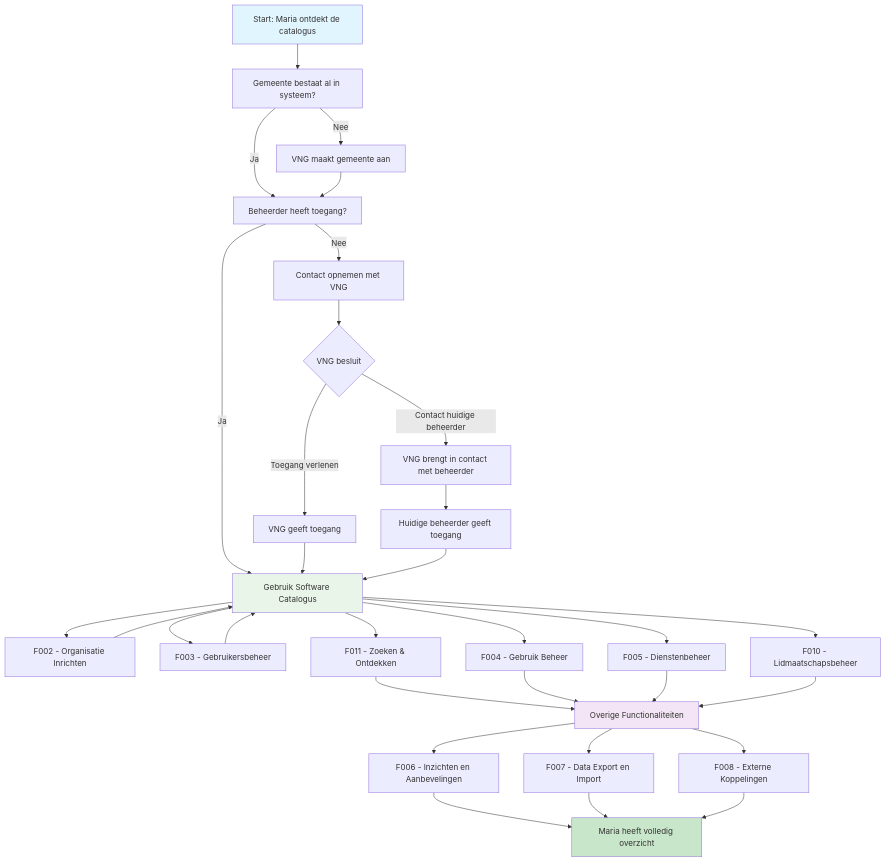
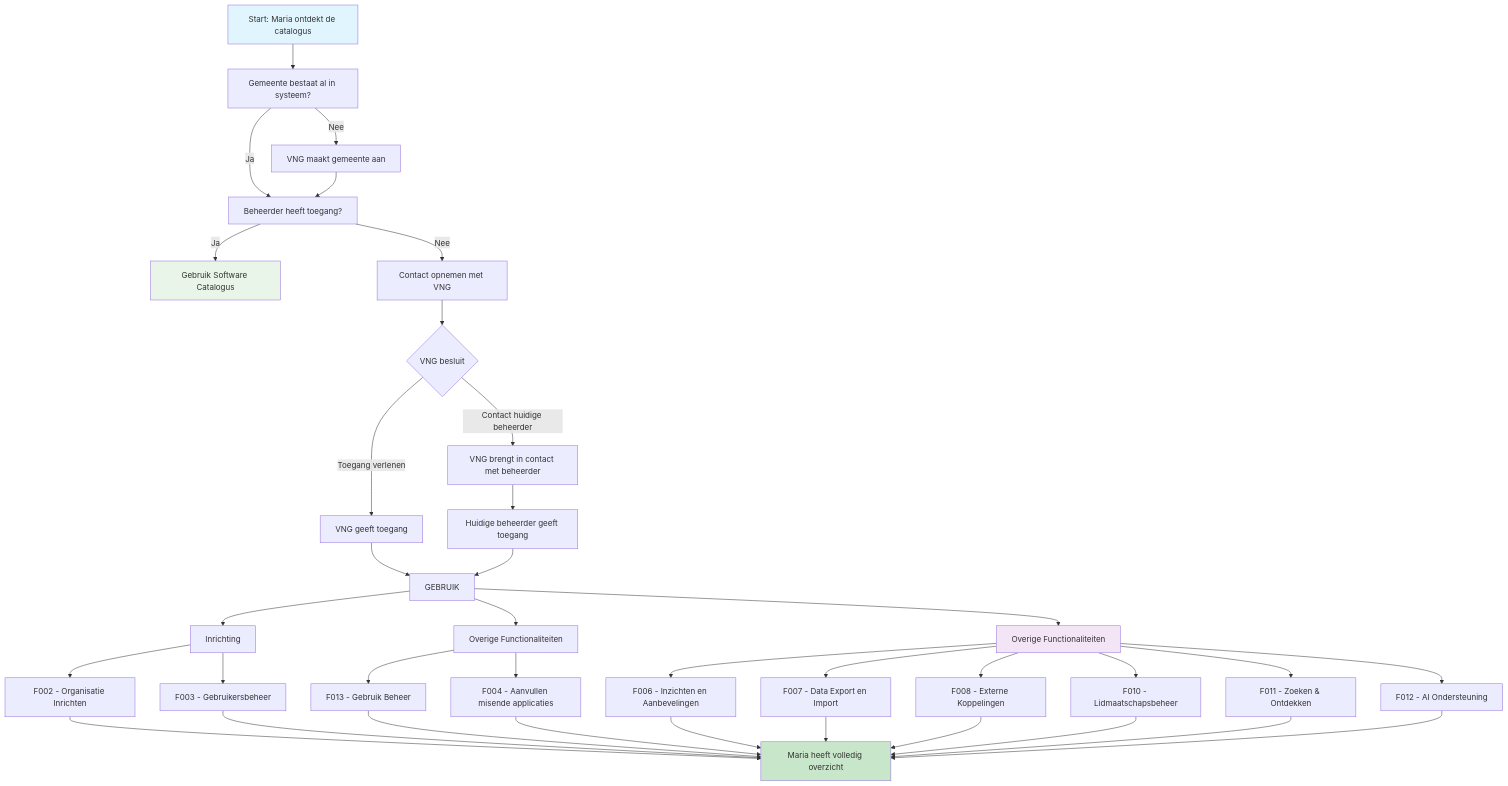
The diagram in website/docs/Klantreizen/klantreis_gemeente.md (VNG-Realisatie/Softwarecatalogus), drawn with Mermaid before and after one commit. The commit also changed other lines of this file and 7 other files, not shown here.

````diff
--- a/website/docs/Klantreizen/klantreis_gemeente.md
+++ b/website/docs/Klantreizen/klantreis_gemeente.md
@@ -46,48 +46,55 @@
 ```mermaid
 flowchart TD
     A[Start: Maria ontdekt de catalogus] --> B[Gemeente bestaat al in systeem?]
     B -->|Ja| C[Beheerder heeft toegang?]
     B -->|Nee| B1[VNG maakt gemeente aan]
     B1 --> C
     C -->|Ja| PARALLEL[Gebruik Software Catalogus]
     C -->|Nee| C1[Contact opnemen met VNG]
     C1 --> C2{VNG besluit}
     C2 -->|Toegang verlenen| C3[VNG geeft toegang]
     C2 -->|Contact huidige beheerder| C4[VNG brengt in contact met beheerder]
-    C3 --> PARALLEL
+    C3 --> GEBRUIK
     C4 --> C5[Huidige beheerder geeft toegang]
-    C5 --> PARALLEL
+    C5 --> GEBRUIK
     
-    %% Basis inrichting
-    PARALLEL --> F002[F002 - Organisatie Inrichten]
-    PARALLEL --> F003[F003 - Gebruikersbeheer]
     
+       
     %% Gebruik Software Catalogus (parallelle activiteiten)
-    F002 --> PARALLEL
-    F003 --> PARALLEL
-    
-    PARALLEL --> F011[F011 - Zoeken & Ontdekken]
-    PARALLEL --> F004[F004 - Gebruik Beheer]
-    PARALLEL --> F005[F005 - Dienstenbeheer]
-    PARALLEL --> F010[F010 - Lidmaatschapsbeheer]
-    
-    %% Overige functionaliteiten
-    F011 --> OVERIG[Overige Functionaliteiten]
-    F004 --> OVERIG
-    F005 --> OVERIG
-    F010 --> OVERIG
-    
+    GEBRUIK --> INRICHTING[Inrichting]
+    INRICHTING --> F002[F002 - Organisatie Inrichten]
+    INRICHTING --> F003[F003 - Gebruikersbeheer]
+
+    %% Overige functionaliteiten (parallel)
+    GEBRUIK --> BEHEER[Overige Functionaliteiten]
+    BEHEER --> F013[F013 - Gebruik Beheer]
+    BEHEER --> F004[F004 - Aanvullen misende applicaties]
+
+    %% Overige functionaliteiten (parallel)
+    GEBRUIK --> OVERIG[Overige Functionaliteiten]
     OVERIG --> F006[F006 - Inzichten en Aanbevelingen]
     OVERIG --> F007[F007 - Data Export en Import]
     OVERIG --> F008[F008 - Externe Koppelingen]
+    OVERIG --> F010[F010 - Lidmaatschapsbeheer]
+    OVERIG --> F011[F011 - Zoeken & Ontdekken]
+    OVERIG --> F012[F012 - AI Ondersteuning]
     
-    F006 --> END[Maria heeft volledig overzicht]
+    %% Overige functionaliteiten
+        
+    F002 --> END[Maria heeft volledig overzicht]
+    F003 --> END
+    F004 --> END
+    F006 --> END
     F007 --> END
     F008 --> END
+    F010 --> END
+    F011 --> END
+    F012 --> END
+    F013 --> END
     
     %% Styling
     style A fill:#e1f5fe
     style END fill:#c8e6c9
     style PARALLEL fill:#e8f5e8
     style OVERIG fill:#f3e5f5
 ```
````
